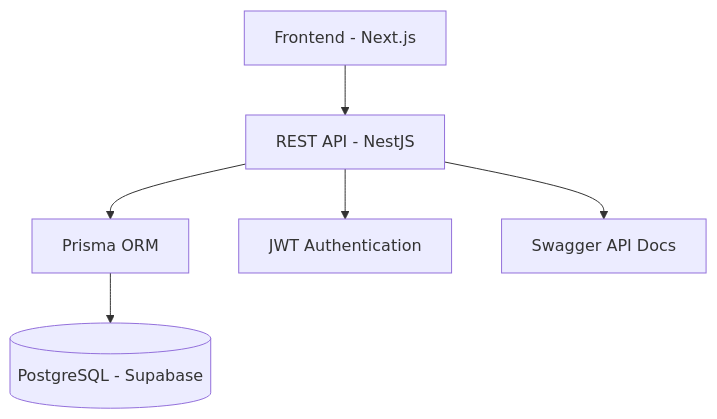
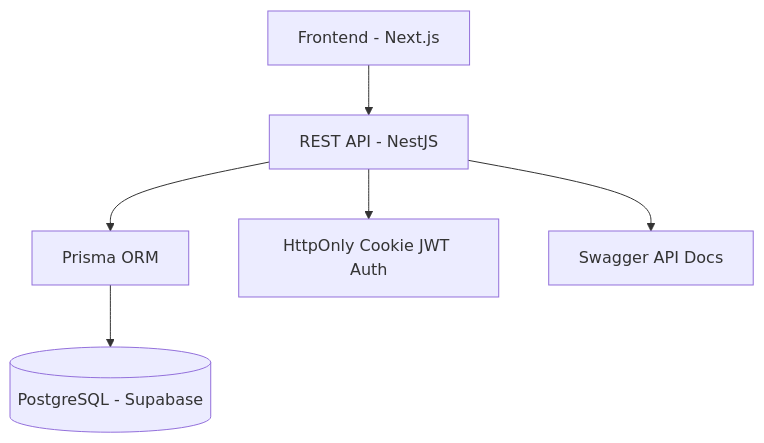
Before and after one commit to Revou-FSSE-Oct25/crack-be-liaro25: the first of 4 diagrams in README.md, drawn with Mermaid. The commit also changed other lines of this file and 7 other files, not shown here.

````diff
--- a/README.md
+++ b/README.md
@@ -38,11 +38,11 @@
 ```mermaid
 flowchart TD
 
 A[Frontend - Next.js] --> B[REST API - NestJS]
 B --> C[Prisma ORM]
 C --> D[(PostgreSQL - Supabase)]
 
-B --> E[JWT Authentication]
+B --> E[HttpOnly Cookie JWT Auth]
 B --> F[Swagger API Docs]
 
 ```
````
